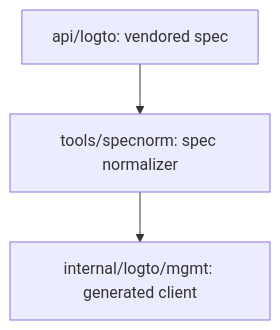
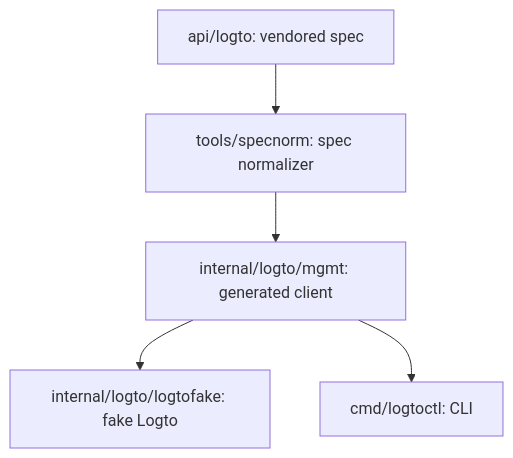
The diagram in aidd_docs/memory/codebase-map.md (Aliud-Corp/logto-operator), drawn with Mermaid before and after one commit. The commit also changed other lines of this file and 6 other files, not shown here.

Commit message:
docs(memory): describe the fake Management API and the CLI stub

````diff
--- a/aidd_docs/memory/codebase-map.md
+++ b/aidd_docs/memory/codebase-map.md
@@ -3,7 +3,11 @@
 ```mermaid
 flowchart TD
     api["api/logto: vendored spec"]
     tools["tools/specnorm: spec normalizer"]
     mgmt["internal/logto/mgmt: generated client"]
+    fake["internal/logto/logtofake: fake Logto"]
+    cmd["cmd/logtoctl: CLI"]
     api --> tools --> mgmt
+    mgmt --> fake
+    mgmt --> cmd
 ```
````
